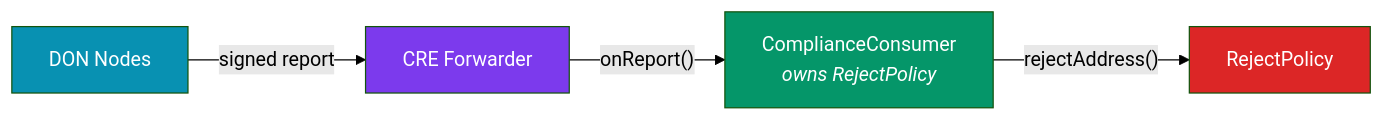
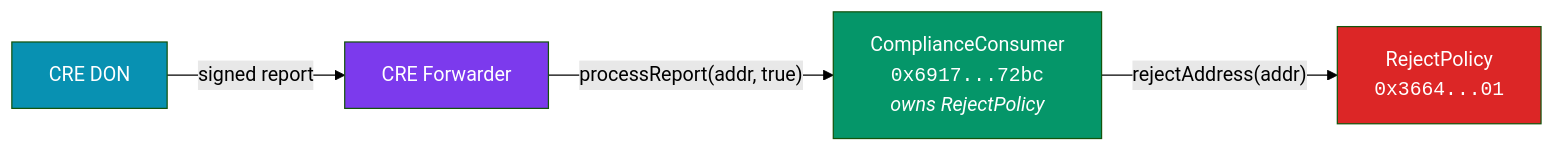
One commit to nhx-finance/bridge changed the third of 4 diagrams in kesy-bridge/kesy-bridge-workflow/README.md. Above: the diagram before and after it, drawn with Mermaid (forest theme). The commit also changed other lines of this file and 7 other files, not shown here.

Commit message:
feat: introduce ComplianceConsumer contract as middleware for CRE DON to interact with RejectPolicy and update the workflow.

````diff
--- a/kesy-bridge/kesy-bridge-workflow/README.md
+++ b/kesy-bridge/kesy-bridge-workflow/README.md
@@ -224,11 +203,11 @@
 ```mermaid
 graph LR
-    DON["DON Nodes"] -->|"signed report"| FWD["CRE Forwarder"]
-    FWD -->|"onReport()"| CC["ComplianceConsumer<br/><i>owns RejectPolicy</i>"]
-    CC -->|"rejectAddress()"| RP["RejectPolicy"]
+    DON["CRE DON"] -->|"signed report"| FWD["CRE Forwarder"]
+    FWD -->|"processReport(addr, true)"| CC["ComplianceConsumer<br/><code>0x6917...72bc</code><br/><i>owns RejectPolicy</i>"]
+    CC -->|"rejectAddress(addr)"| RP["RejectPolicy<br/><code>0x3664...01</code>"]
 
     style DON fill:#0891B2,color:#fff
     style FWD fill:#7C3AED,color:#fff
     style CC fill:#059669,color:#fff
     style RP fill:#DC2626,color:#fff
 ```
````
